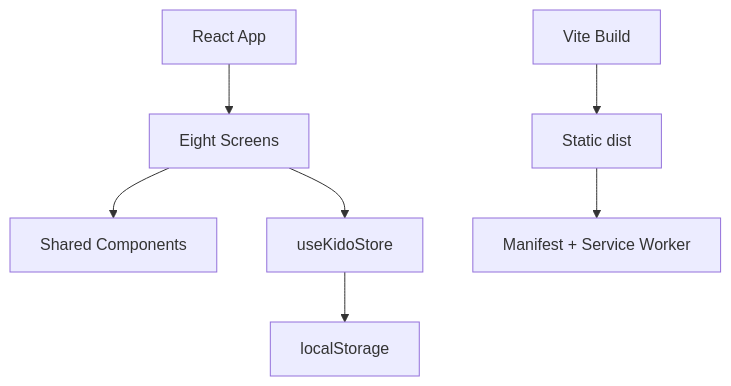
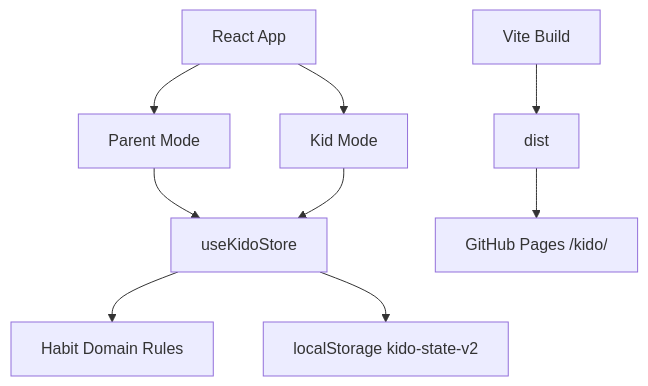
One commit to andyandriadoria/kido changed the diagram in docs/technical-architecture-v0.1.md. Above: the diagram before and after it, drawn with Mermaid. The commit also changed other lines of this file and 23 other files, not shown here.

````diff
--- a/docs/technical-architecture-v0.1.md
+++ b/docs/technical-architecture-v0.1.md
@@ -30,9 +33,11 @@
 ```mermaid
 flowchart TD
-  A[React App] --> B[Eight Screens]
-  B --> C[Shared Components]
+  A[React App] --> B[Parent Mode]
+  A --> C[Kid Mode]
   B --> D[useKidoStore]
-  D --> E[localStorage]
-  F[Vite Build] --> G[Static dist]
-  G --> H[Manifest + Service Worker]
+  C --> D
+  D --> E[Habit Domain Rules]
+  D --> F[localStorage kido-state-v2]
+  G[Vite Build] --> H[dist]
+  H --> I[GitHub Pages /kido/]
 ```
````
